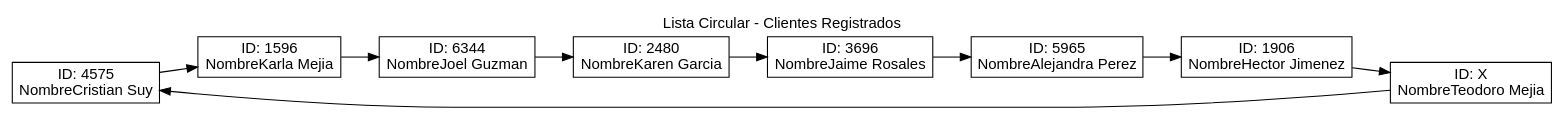
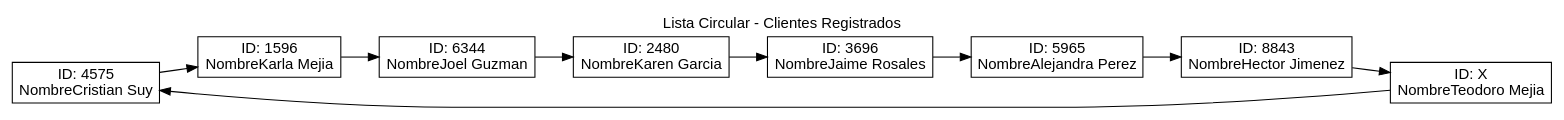
The diagram in Reportes/ListaCircular.dot (brandonT2002/EDD_VJ1S2023_PY_202112030), drawn with Graphviz before and after one commit. The commit also changed 10 other files, not shown here.

```diff
--- a/Reportes/ListaCircular.dot
+++ b/Reportes/ListaCircular.dot
@@ -1,15 +1,15 @@
 digraph G {
 fontname="Arial"label="Lista Circular - Clientes Registrados"
 labelloc = t
 rankdir=LR;
 node[shape="box" fontname="Arial"];
 nodo_0 [label="ID: 4575\nNombreCristian Suy"];
 nodo_1 [label="ID: 1596\nNombreKarla Mejia"];
 nodo_2 [label="ID: 6344\nNombreJoel Guzman"];
 nodo_3 [label="ID: 2480\nNombreKaren Garcia"];
 nodo_4 [label="ID: 3696\nNombreJaime Rosales"];
 nodo_5 [label="ID: 5965\nNombreAlejandra Perez"];
-nodo_6 [label="ID: 1906\nNombreHector Jimenez"];
+nodo_6 [label="ID: 8843\nNombreHector Jimenez"];
 nodo_7 [label="ID: X\nNombreTeodoro Mejia"];
 nodo_0 -> nodo_1 -> nodo_2 -> nodo_3 -> nodo_4 -> nodo_5 -> nodo_6 -> nodo_7 -> nodo_0;
 }
```
